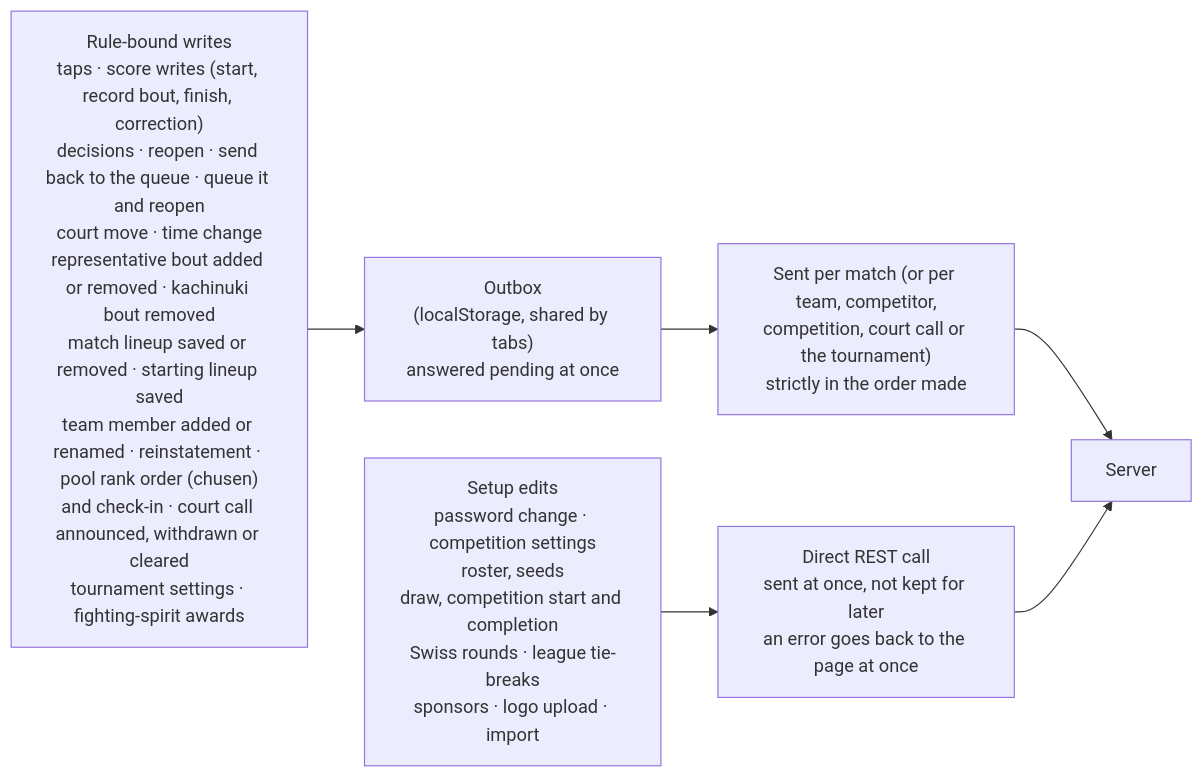
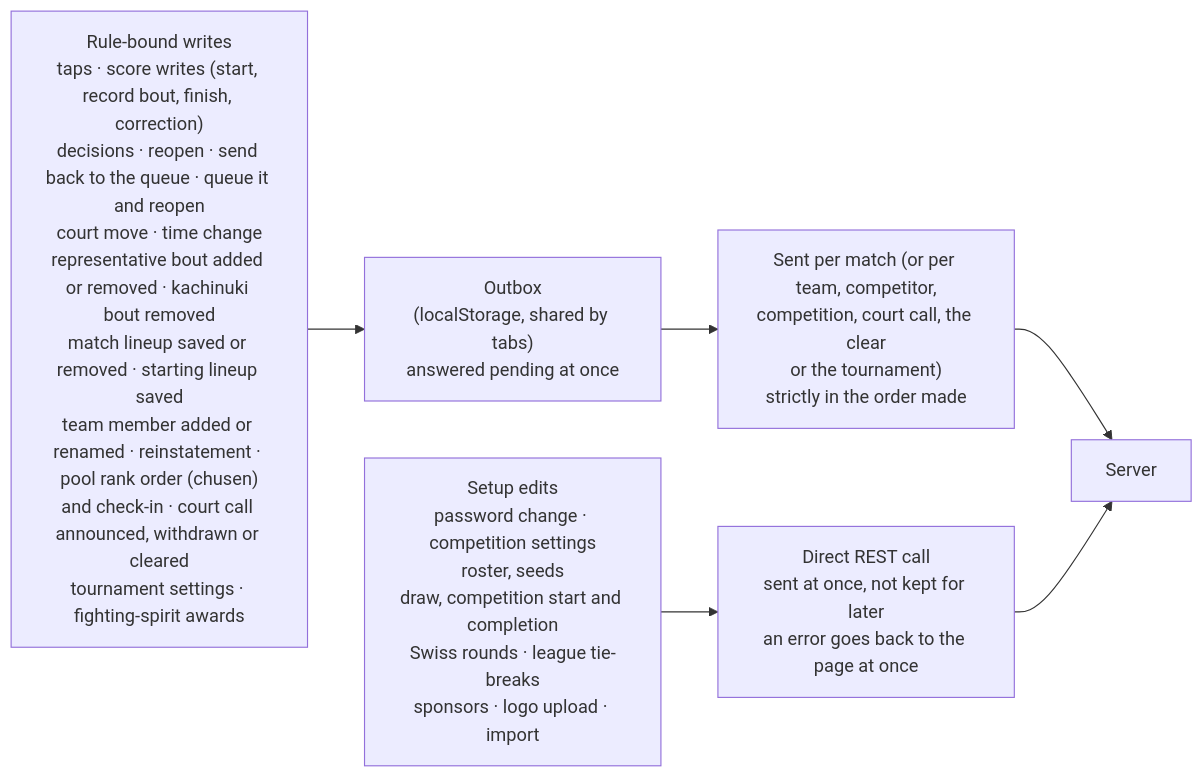
One commit to gitrgoliveira/bracket-creator changed the sixth of 8 diagrams in docs/architecture/network-architecture.md. Above: the diagram before and after it, drawn with Mermaid. The commit also changed other lines of this file and 7 other files, not shown here.

````diff
--- a/docs/architecture/network-architecture.md
+++ b/docs/architecture/network-architecture.md
@@ -217,10 +217,10 @@
 ```mermaid
 flowchart LR
     rule["Rule-bound writes<br/>taps · score writes (start, record bout, finish, correction)<br/>decisions · reopen · send back to the queue · queue it and reopen<br/>court move · time change<br/>representative bout added or removed · kachinuki bout removed<br/>match lineup saved or removed · starting lineup saved<br/>team member added or renamed · reinstatement · pool rank order (chusen)<br/>and check-in · court call announced, withdrawn or cleared<br/>tournament settings · fighting-spirit awards"]
     rule --> ob["Outbox<br/>(localStorage, shared by tabs)<br/>answered pending at once"]
-    ob --> order["Sent per match (or per team, competitor,<br/>competition, court call or the tournament)<br/>strictly in the order made"]
+    ob --> order["Sent per match (or per team, competitor,<br/>competition, court call, the clear<br/>or the tournament)<br/>strictly in the order made"]
     order --> srv["Server"]
     setup["Setup edits<br/>password change · competition settings<br/>roster, seeds<br/>draw, competition start and completion<br/>Swiss rounds · league tie-breaks<br/>sponsors · logo upload · import"]
     setup --> direct["Direct REST call<br/>sent at once, not kept for later<br/>an error goes back to the page at once"]
     direct --> srv
 ```
````
